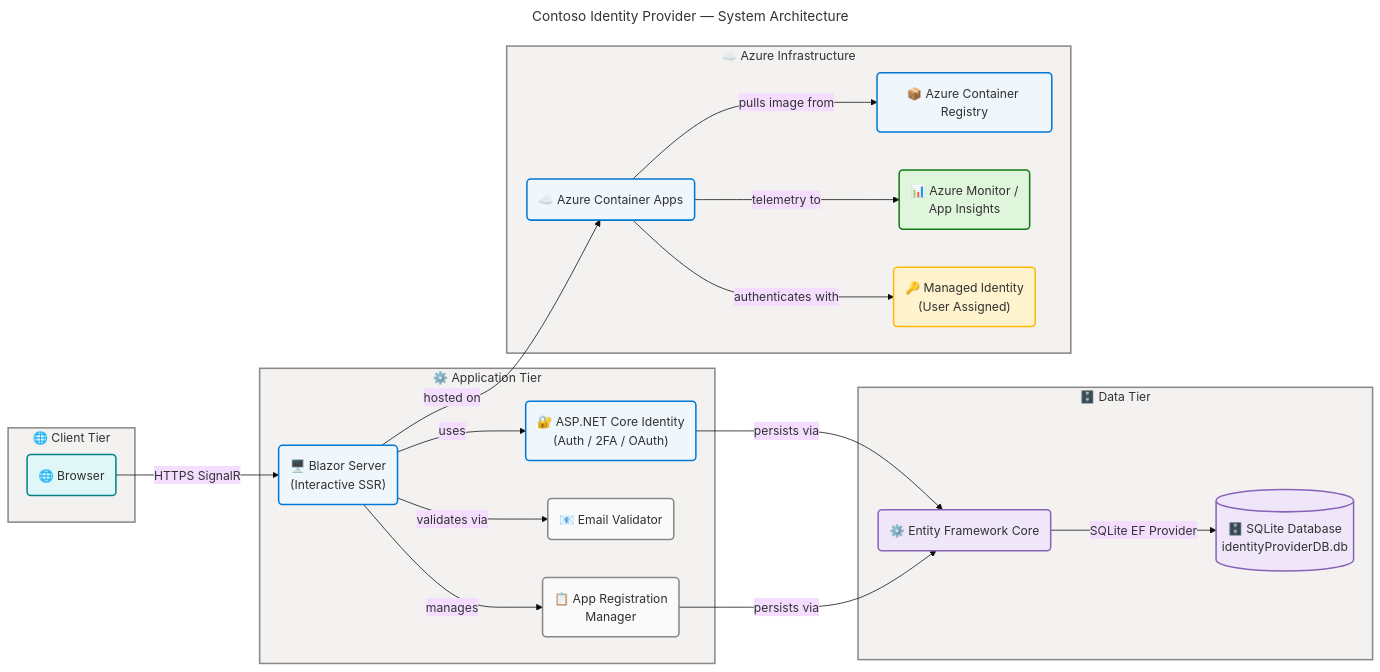
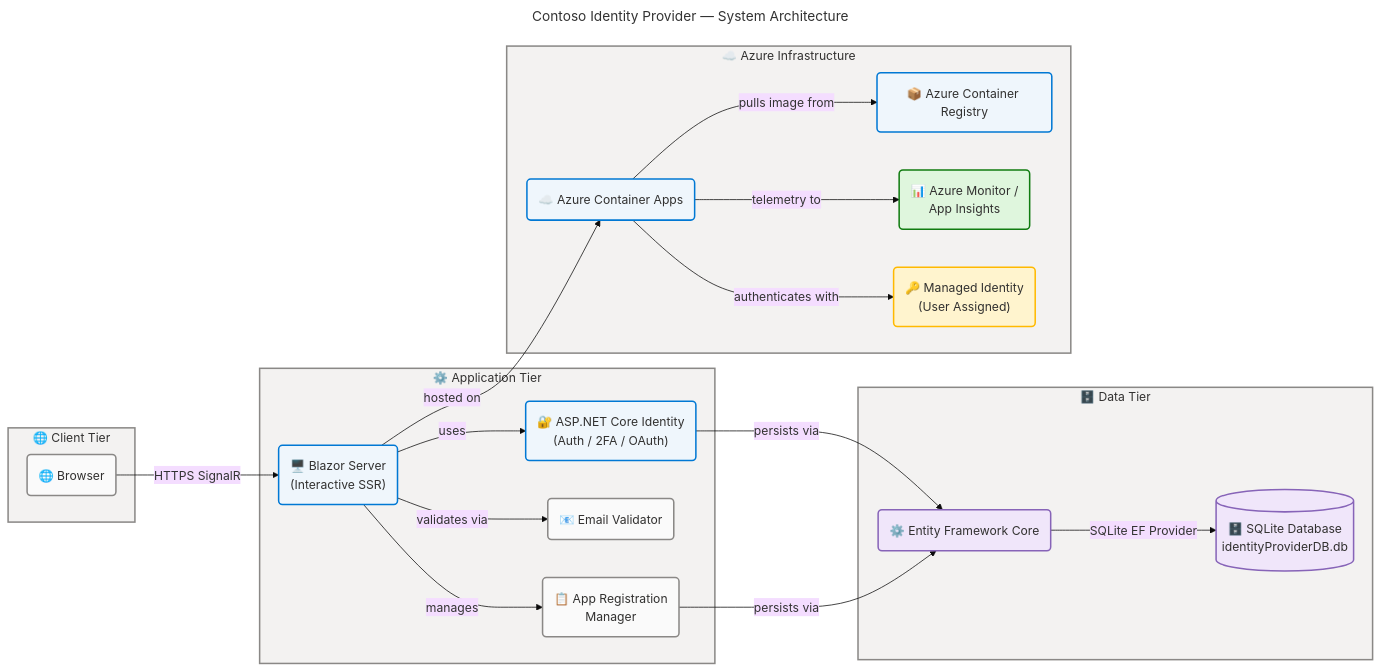
One commit to Evilazaro/IdentityProvider changed the diagram in README.md. Above: the diagram before and after it, drawn with Mermaid.

Commit message:
Update flowchart styles in README.md for improved clarity

````diff
--- a/README.md
+++ b/README.md
@@ -37,75 +37,74 @@
 ```mermaid
 ---
 title: "Contoso Identity Provider — System Architecture"
 config:
   theme: base
   look: classic
   layout: dagre
   themeVariables:
     fontSize: "16px"
   flowchart:
     htmlLabels: true
 ---
 flowchart LR
     accTitle: Contoso Identity Provider System Architecture
     accDescr: Shows the layered architecture from browser through Blazor Server, ASP.NET Core Identity, Entity Framework Core to SQLite database, plus Azure deployment infrastructure
 
     %% ═══════════════════════════════════════════════════════════════════════════
     %% AZURE / FLUENT ARCHITECTURE PATTERN v1.1
     %% (Semantic + Structural + Font + Accessibility Governance)
     %% ═══════════════════════════════════════════════════════════════════════════
     %% PHASE 1 - FLUENT UI: All styling uses approved Fluent UI palette only
     %% PHASE 2 - GROUPS: Every subgraph has semantic color via style directive
     %% PHASE 3 - COMPONENTS: Every node has semantic classDef + icon prefix
     %% PHASE 4 - ACCESSIBILITY: accTitle/accDescr present, WCAG AA contrast
     %% PHASE 5 - STANDARD: Governance block present, classDefs centralized
     %% ═══════════════════════════════════════════════════════════════════════════
 
     subgraph client["🌐 Client Tier"]
-        browser("🌐 Browser"):::external
+        browser("🌐 Browser"):::neutral
     end
 
     subgraph app["⚙️ Application Tier"]
         blazor("🖥️ Blazor Server\n(Interactive SSR)"):::core
         identity("🔐 ASP.NET Core Identity\n(Auth / 2FA / OAuth)"):::core
         email("📧 Email Validator"):::neutral
         appReg("📋 App Registration\nManager"):::neutral
     end
 
     subgraph data["🗄️ Data Tier"]
         efcore("⚙️ Entity Framework Core"):::data
         sqlite[("🗄️ SQLite Database\nidentityProviderDB.db")]:::data
     end
 
     subgraph azure["☁️ Azure Infrastructure"]
         aca("☁️ Azure Container Apps"):::core
         acr("📦 Azure Container Registry"):::core
         monitor("📊 Azure Monitor /\nApp Insights"):::success
         identity_mi("🔑 Managed Identity\n(User Assigned)"):::warning
     end
 
     browser -->|"HTTPS SignalR"| blazor
     blazor -->|"uses"| identity
     blazor -->|"validates via"| email
     blazor -->|"manages"| appReg
     identity -->|"persists via"| efcore
     appReg -->|"persists via"| efcore
     efcore -->|"SQLite EF Provider"| sqlite
     blazor -->|"hosted on"| aca
     aca -->|"pulls image from"| acr
     aca -->|"telemetry to"| monitor
     aca -->|"authenticates with"| identity_mi
 
     style client fill:#F3F2F1,stroke:#8A8886,stroke-width:2px,color:#323130
     style app fill:#F3F2F1,stroke:#8A8886,stroke-width:2px,color:#323130
     style data fill:#F3F2F1,stroke:#8A8886,stroke-width:2px,color:#323130
     style azure fill:#F3F2F1,stroke:#8A8886,stroke-width:2px,color:#323130
 
     %% Centralized semantic classDefs (Phase 5 compliant)
     classDef neutral fill:#FAFAFA,stroke:#8A8886,stroke-width:2px,color:#323130
     classDef core fill:#EFF6FC,stroke:#0078D4,stroke-width:2px,color:#323130
     classDef success fill:#DFF6DD,stroke:#107C10,stroke-width:2px,color:#323130
     classDef warning fill:#FFF4CE,stroke:#FFB900,stroke-width:2px,color:#323130
     classDef data fill:#F0E6FA,stroke:#8764B8,stroke-width:2px,color:#323130
-    classDef external fill:#E0F7F7,stroke:#038387,stroke-width:2px,color:#323130
 ```
````
